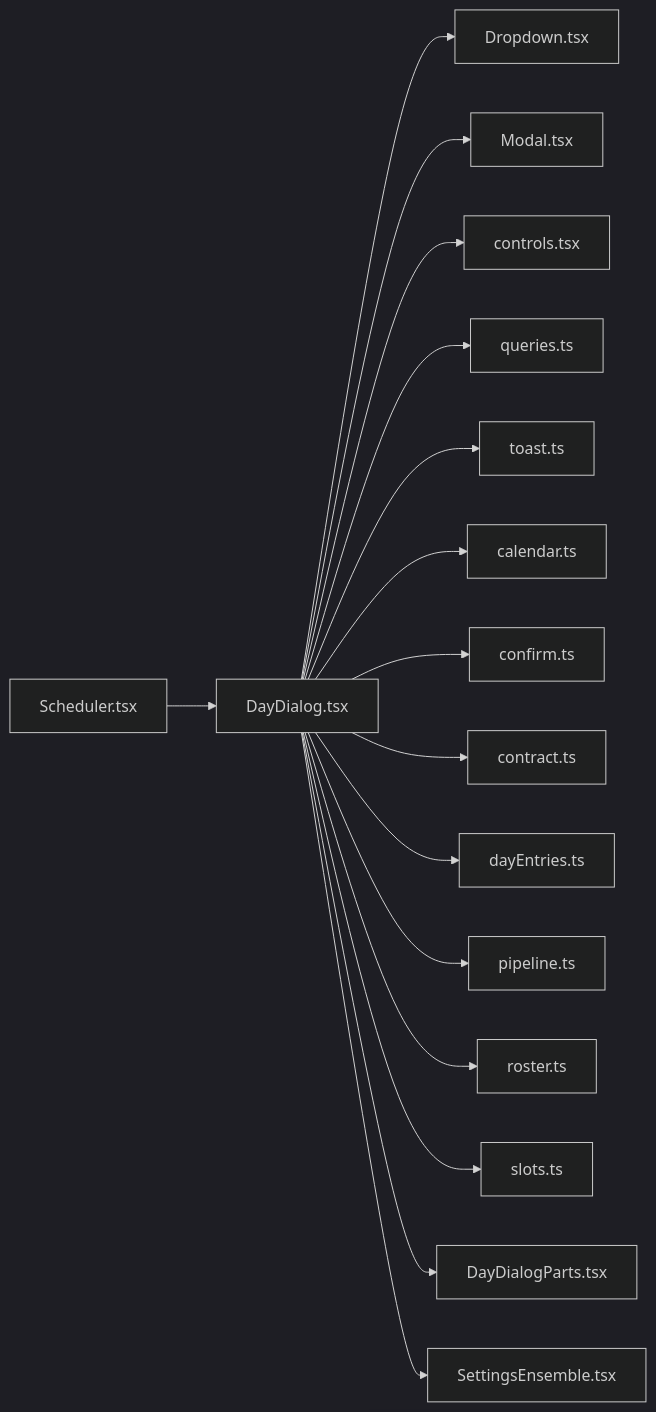
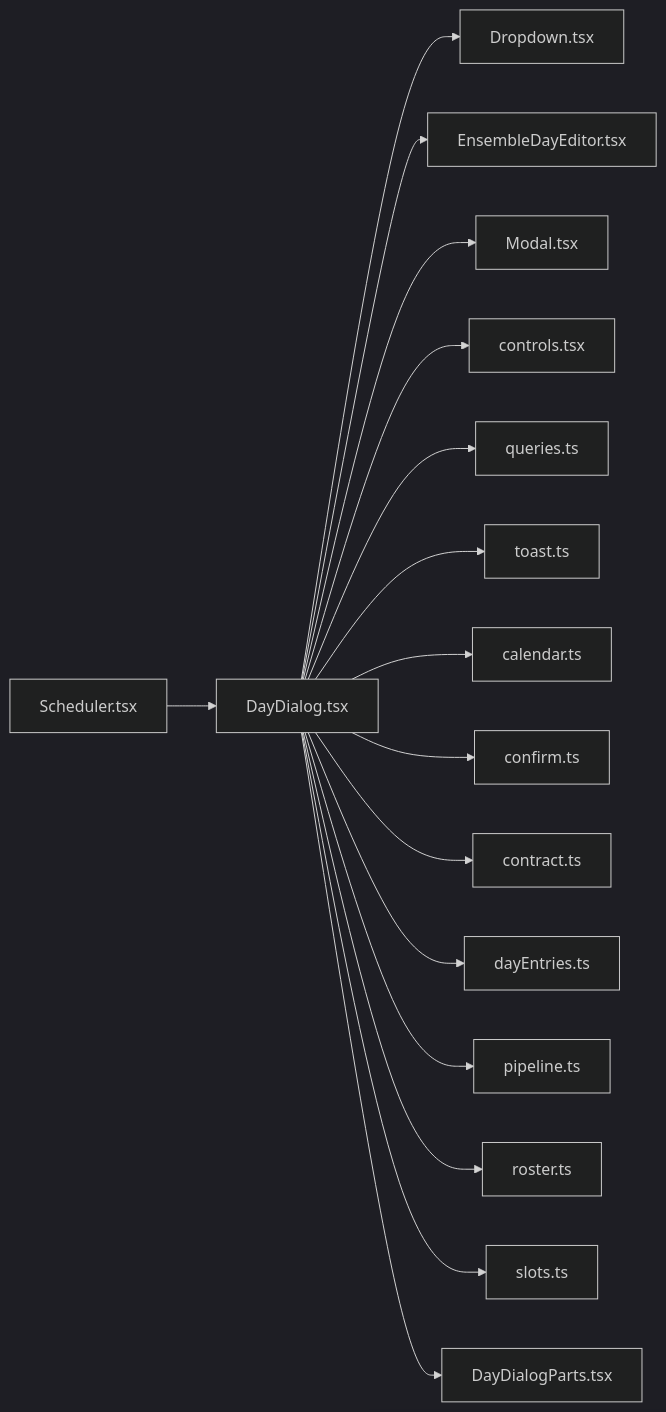
The diagram in .cluedoc/graph/frontend/src/routes/DayDialog.md (minkong-dev/Banblit), drawn with Mermaid (dark theme) before and after one commit. The commit also changed other lines of this file and 15 other files, not shown here.

Commit message:
frontend: move the per-day ensemble time editor into components

````diff
--- a/.cluedoc/graph/frontend/src/routes/DayDialog.md
+++ b/.cluedoc/graph/frontend/src/routes/DayDialog.md
@@ -10,19 +10,19 @@
 ```mermaid
 flowchart LR
   frontend_src_routes_DayDialog["DayDialog.tsx"]
   frontend_src_routes_DayDialog --> frontend_src_components_Dropdown["Dropdown.tsx"]
+  frontend_src_routes_DayDialog --> frontend_src_components_EnsembleDayEditor["EnsembleDayEditor.tsx"]
   frontend_src_routes_DayDialog --> frontend_src_components_Modal["Modal.tsx"]
   frontend_src_routes_DayDialog --> frontend_src_components_controls["controls.tsx"]
   frontend_src_routes_DayDialog --> frontend_src_components_queries["queries.ts"]
   frontend_src_routes_DayDialog --> frontend_src_components_toast["toast.ts"]
   frontend_src_routes_DayDialog --> frontend_src_lib_calendar["calendar.ts"]
   frontend_src_routes_DayDialog --> frontend_src_lib_confirm["confirm.ts"]
   frontend_src_routes_DayDialog --> frontend_src_lib_contract["contract.ts"]
   frontend_src_routes_DayDialog --> frontend_src_lib_dayEntries["dayEntries.ts"]
   frontend_src_routes_DayDialog --> frontend_src_lib_pipeline["pipeline.ts"]
   frontend_src_routes_DayDialog --> frontend_src_lib_roster["roster.ts"]
   frontend_src_routes_DayDialog --> frontend_src_lib_slots["slots.ts"]
   frontend_src_routes_DayDialog --> frontend_src_routes_DayDialogParts["DayDialogParts.tsx"]
-  frontend_src_routes_DayDialog --> frontend_src_routes_SettingsEnsemble["SettingsEnsemble.tsx"]
   frontend_src_routes_Scheduler["Scheduler.tsx"] --> frontend_src_routes_DayDialog
 ```
````
